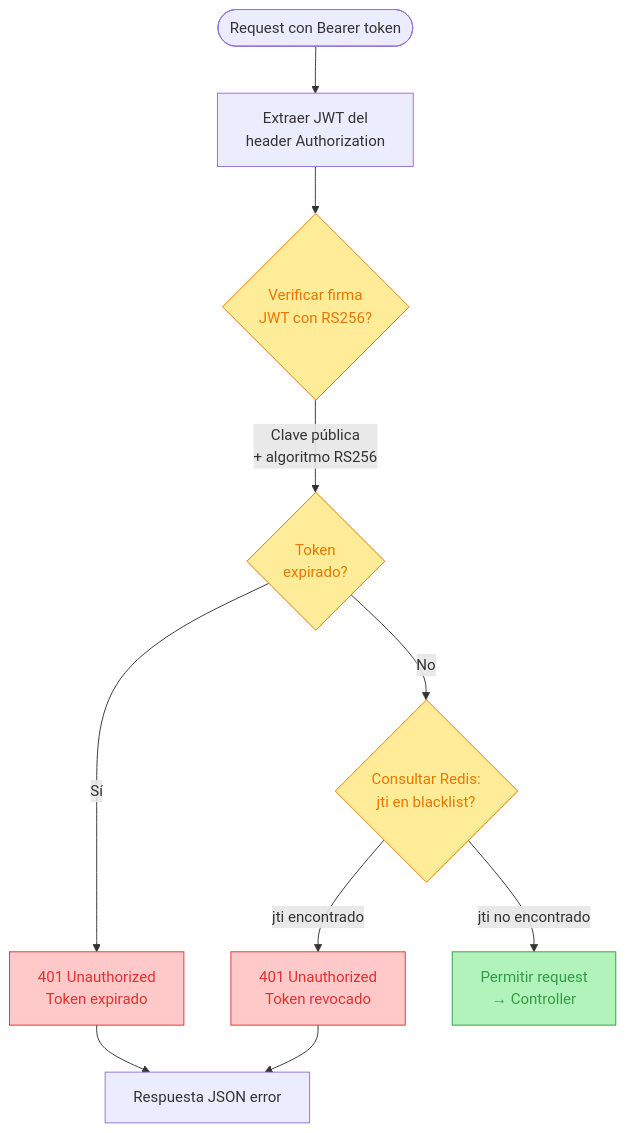
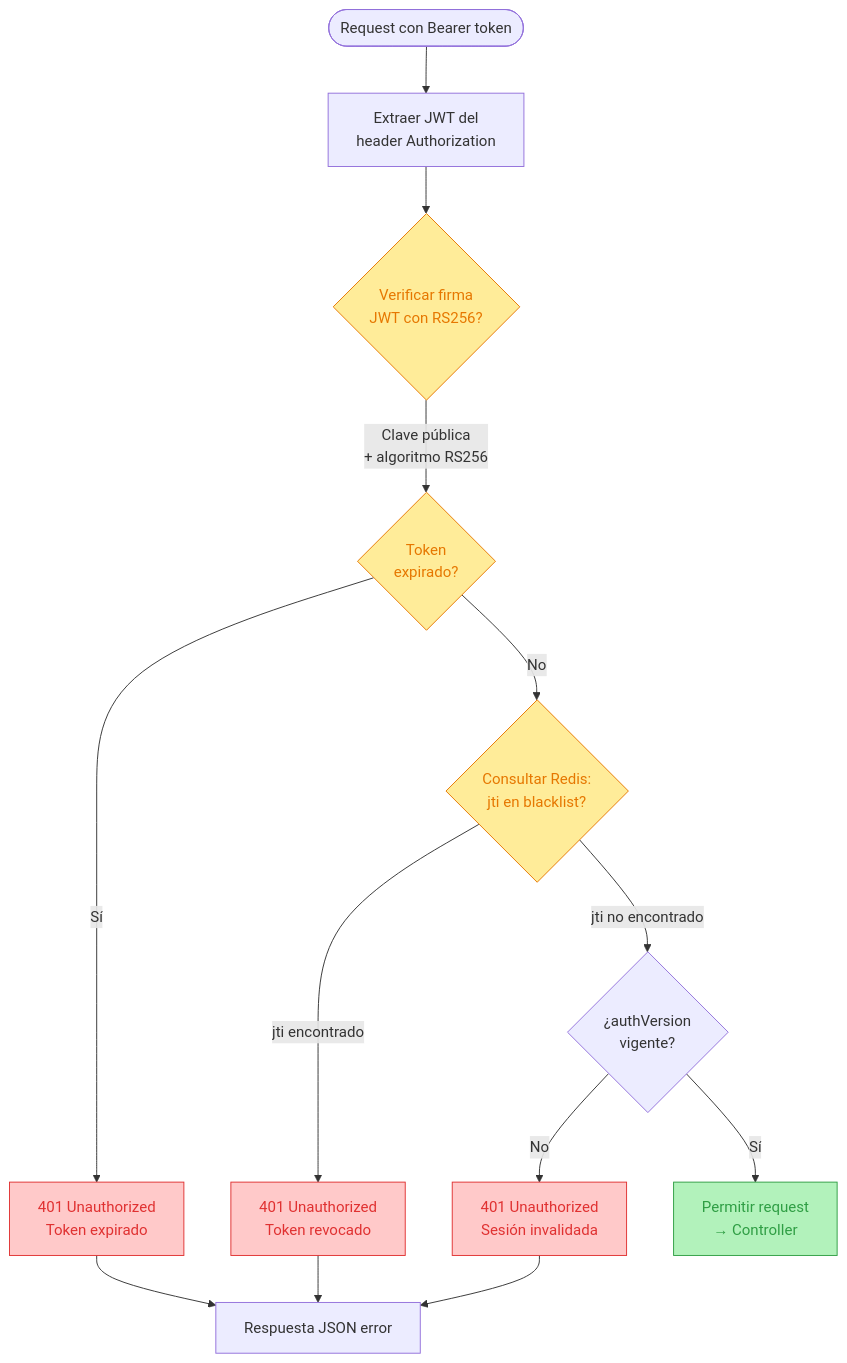
One commit to sasax741/auth-center changed the fourth of 4 diagrams in README.md. Above: the diagram before and after it, drawn with Mermaid. The commit also changed other lines of this file and 27 other files, not shown here.

````diff
--- a/README.md
+++ b/README.md
@@ -195,21 +202,26 @@
 ```mermaid
 flowchart TD
     Start([Request con Bearer token]) --> Extract[Extraer JWT del<br>header Authorization]
     Extract --> Verify{Verificar firma<br>JWT con RS256?}
     Verify -->|Clave pública<br>+ algoritmo RS256| Expired{Token<br>expirado?}
     Expired -->|Sí| DenyExp[401 Unauthorized<br>Token expirado]
     Expired -->|No| Blacklist{Consultar Redis:<br>jti en blacklist?}
 
     Blacklist -->|jti encontrado| DenyRev[401 Unauthorized<br>Token revocado]
-    Blacklist -->|jti no encontrado| Allow[Permitir request<br>→ Controller]
+    Blacklist -->|jti no encontrado| AuthVersion{¿authVersion<br>vigente?}
+
+    AuthVersion -->|No| DenyVersion[401 Unauthorized<br>Sesión invalidada]
+    AuthVersion -->|Sí| Allow[Permitir request<br>→ Controller]
 
     DenyExp --> Response[Respuesta JSON error]
     DenyRev --> Response
+    DenyVersion --> Response
 
     style Allow fill:#b2f2bb,stroke:#2f9e44,color:#2f9e44
     style DenyExp fill:#ffc9c9,stroke:#e03131,color:#e03131
     style DenyRev fill:#ffc9c9,stroke:#e03131,color:#e03131
+    style DenyVersion fill:#ffc9c9,stroke:#e03131,color:#e03131
     style Verify fill:#ffec99,stroke:#e67700,color:#e67700
     style Expired fill:#ffec99,stroke:#e67700,color:#e67700
     style Blacklist fill:#ffec99,stroke:#e67700,color:#e67700
 ```
````
